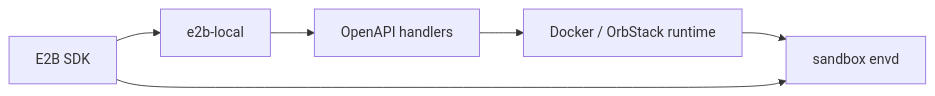
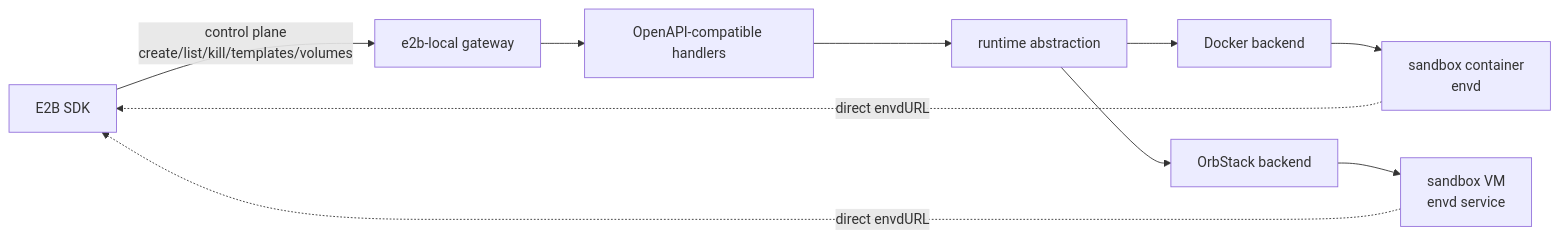
Before and after one commit to superduck-ai/e2b-local: the diagram in docs/e2b-local-technical-blog.md, drawn with Mermaid. The commit also changed other lines of this file and 24 other files, not shown here.

Commit message:
Switch OrbStack backend to socket clients

````diff
--- a/docs/e2b-local-technical-blog.md
+++ b/docs/e2b-local-technical-blog.md
@@ -48,8 +62,12 @@
 ```mermaid
 flowchart LR
-  SDK["E2B SDK"] --> GW["e2b-local"]
-  GW --> API["OpenAPI handlers"]
-  API --> RT["Docker / OrbStack runtime"]
-  RT --> ENVD["sandbox envd"]
-  SDK --> ENVD
+  SDK["E2B SDK"] -->|"control plane<br/>create/list/kill/templates/volumes"| GW["e2b-local gateway"]
+  GW --> API["OpenAPI-compatible handlers"]
+  API --> Runtime["runtime abstraction"]
+  Runtime --> Docker["Docker backend"]
+  Runtime --> OrbStack["OrbStack backend"]
+  Docker --> C["sandbox container<br/>envd"]
+  OrbStack --> VM["sandbox VM<br/>envd service"]
+  C -. "direct envdURL" .-> SDK
+  VM -. "direct envdURL" .-> SDK
 ```
````
